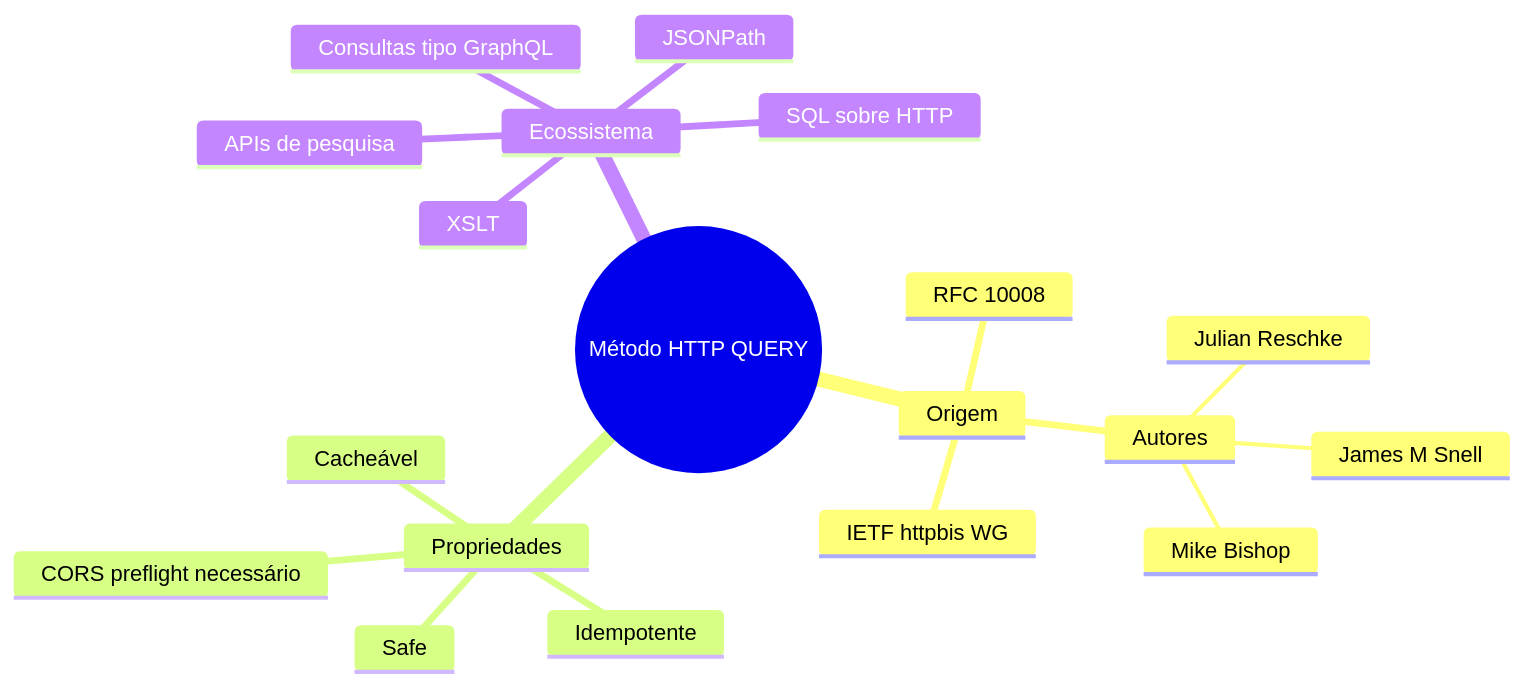
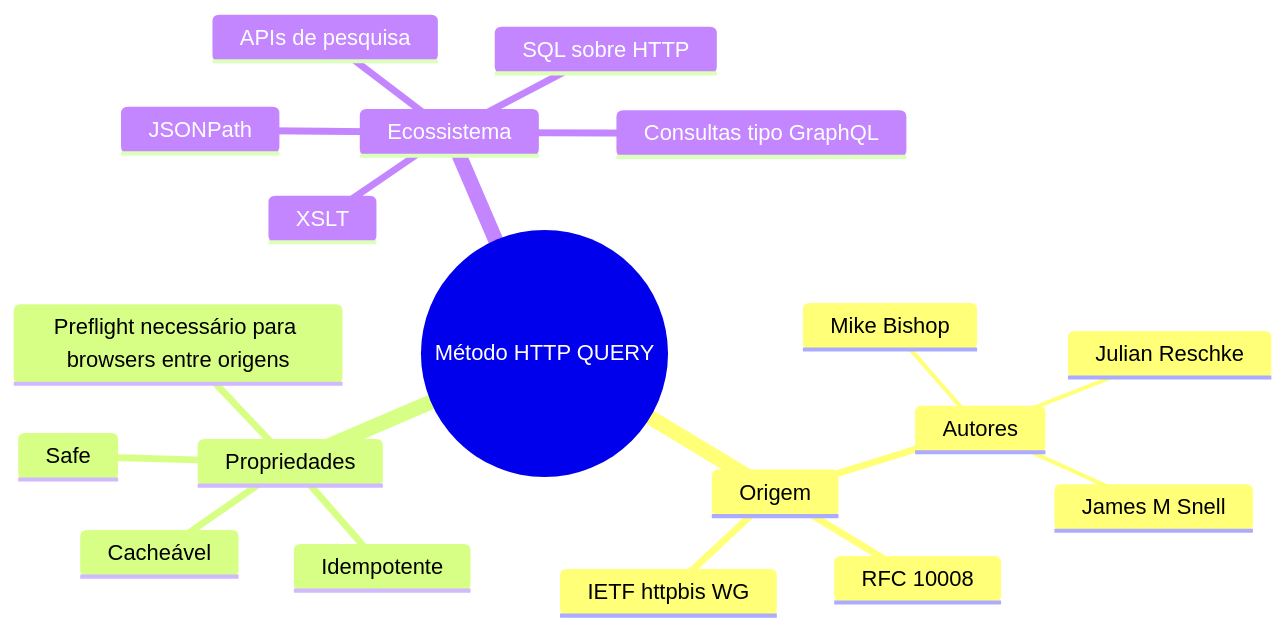
One commit to dyotamo/blog changed the first of 8 diagrams in content/pt/articles/http-query-method/index.md. Above: the diagram before and after it, drawn with Mermaid. The commit also changed other lines of this file and 26 other files, not shown here.

````diff
--- a/content/pt/articles/http-query-method/index.md
+++ b/content/pt/articles/http-query-method/index.md
@@ -26,22 +24,22 @@
 ```mermaid
 mindmap
   root((Método HTTP QUERY))
     Origem
       RFC 10008
       IETF httpbis WG
       Autores
         Julian Reschke
         James M Snell
         Mike Bishop
     Propriedades
       Safe
       Idempotente
       Cacheável
-      CORS preflight necessário
+      Preflight necessário para browsers entre origens
     Ecossistema
       APIs de pesquisa
       Consultas tipo GraphQL
       SQL sobre HTTP
       JSONPath
       XSLT
 ```
````
